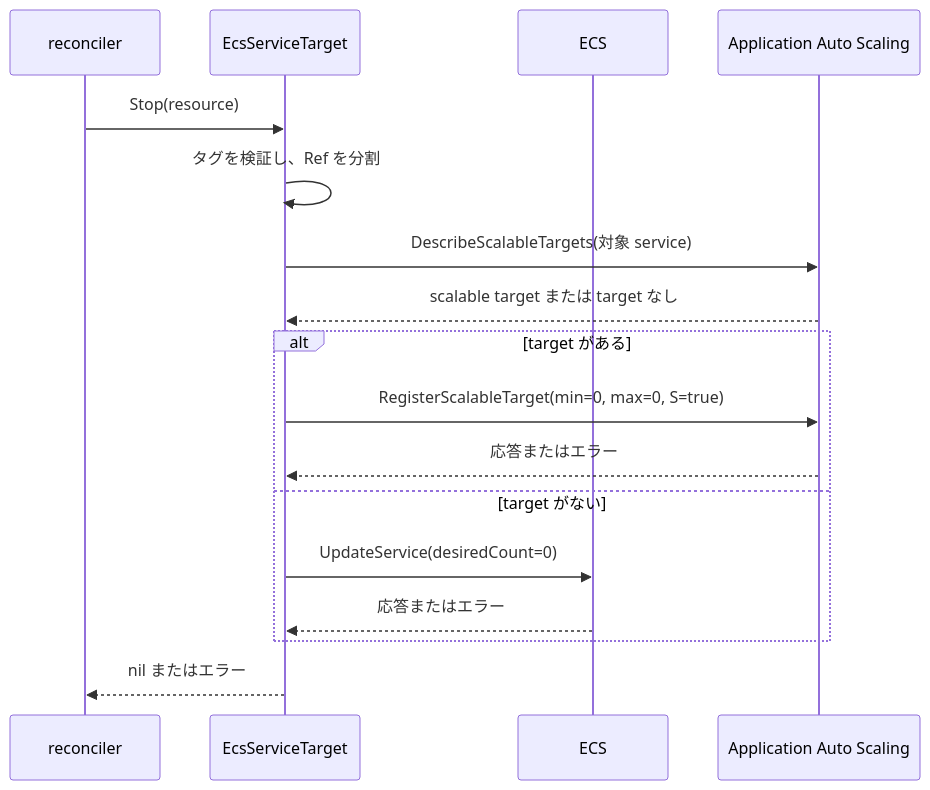
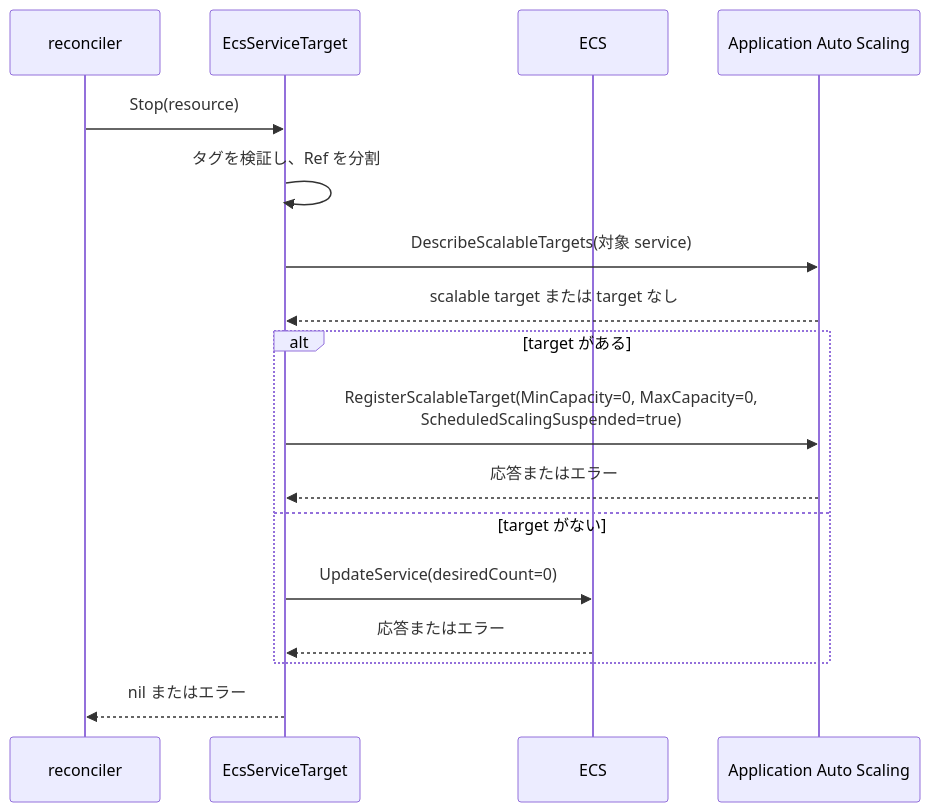
One commit to moepig/cheapskate changed the sixth of 9 diagrams in docs/ja/development/resource_sequence.md. Above: the diagram before and after it, drawn with Mermaid. The commit also changed other lines of this file and 63 other files, not shown here.

````diff
--- a/docs/ja/development/resource_sequence.md
+++ b/docs/ja/development/resource_sequence.md
@@ -237,19 +232,19 @@
 ```mermaid
 sequenceDiagram
-    participant R as reconciler
-    participant A as EcsServiceTarget
-    participant E as ECS
-    participant S as Application Auto Scaling
-    R->>A: Stop(resource)
-    A->>A: タグを検証し、Ref を分割
-    A->>S: DescribeScalableTargets(対象 service)
-    S-->>A: scalable target または target なし
+    participant Reconciler as reconciler
+    participant Adapter as EcsServiceTarget
+    participant EcsAPI as ECS
+    participant AutoScaling as Application Auto Scaling
+    Reconciler->>Adapter: Stop(resource)
+    Adapter->>Adapter: タグを検証し、Ref を分割
+    Adapter->>AutoScaling: DescribeScalableTargets(対象 service)
+    AutoScaling-->>Adapter: scalable target または target なし
     alt target がある
-        A->>S: RegisterScalableTarget(min=0, max=0, S=true)
-        S-->>A: 応答またはエラー
+        Adapter->>AutoScaling: RegisterScalableTarget(MinCapacity=0, MaxCapacity=0,<br/>ScheduledScalingSuspended=true)
+        AutoScaling-->>Adapter: 応答またはエラー
     else target がない
-        A->>E: UpdateService(desiredCount=0)
-        E-->>A: 応答またはエラー
+        Adapter->>EcsAPI: UpdateService(desiredCount=0)
+        EcsAPI-->>Adapter: 応答またはエラー
     end
-    A-->>R: nil またはエラー
+    Adapter-->>Reconciler: nil またはエラー
 ```
````
